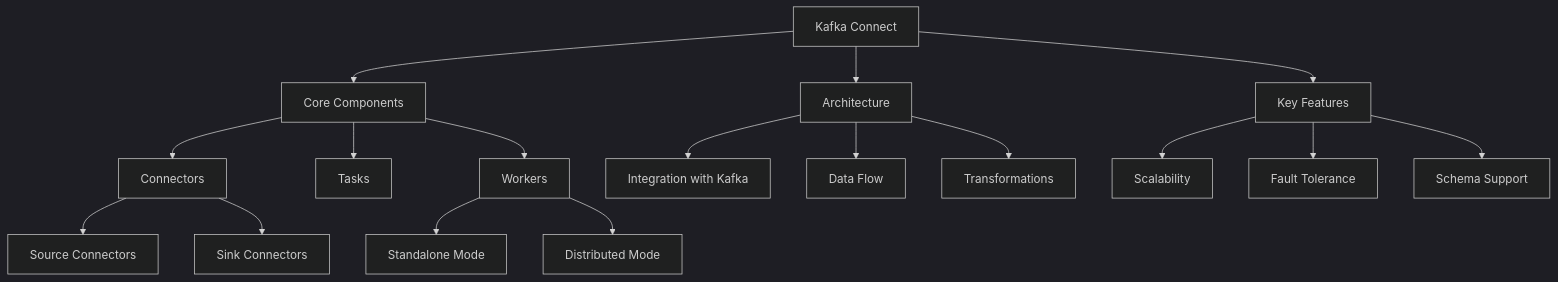
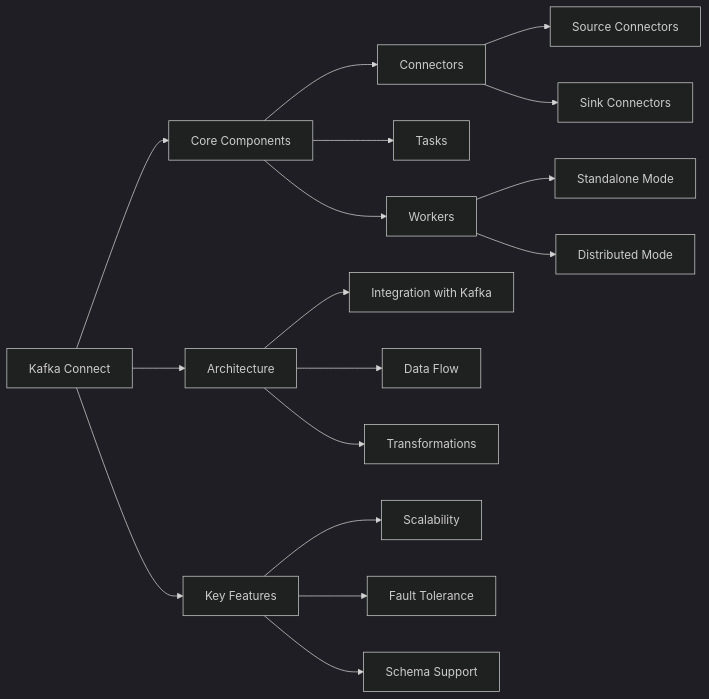
One commit to alexiwisteria/alexiwisteria changed the diagram in KakfaConnect.md. Above: the diagram before and after it, drawn with Mermaid (dark theme).

Commit message:
Graph LR

````diff
--- a/KakfaConnect.md
+++ b/KakfaConnect.md
@@ -1,23 +1,23 @@
 ```mermaid
-graph TD
+graph LR
     A[Kafka Connect] --> B[Core Components]
     A --> C[Architecture]
     A --> D[Key Features]
 
     B --> E[Connectors]
     B --> F[Tasks]
     B --> G[Workers]
 
     E --> H[Source Connectors]
     E --> I[Sink Connectors]
     G --> J[Standalone Mode]
     G --> K[Distributed Mode]
 
     C --> L[Integration with Kafka]
     C --> M[Data Flow]
     C --> N[Transformations]
 
     D --> O[Scalability]
     D --> P[Fault Tolerance]
     D --> Q[Schema Support]
 ```
````
